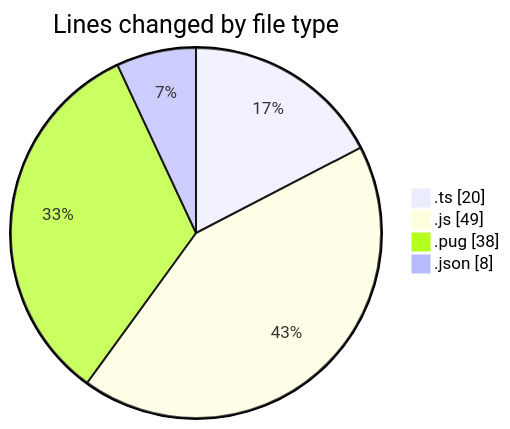
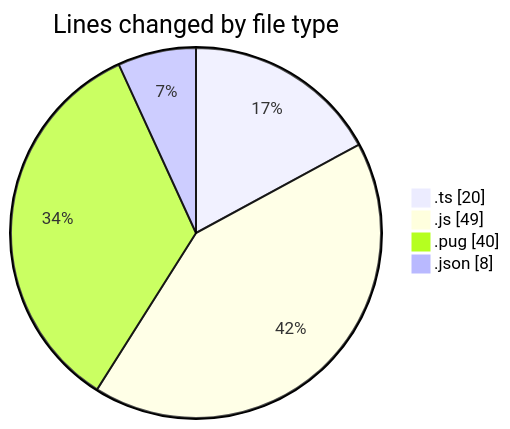
One commit to momahboobian/code-tracking changed the first of 2 diagrams in 2025-02-25/cda/README.md. Above: the diagram before and after it, drawn with Mermaid. The commit also changed other lines of this file and 1 other file, not shown here.

````diff
--- a/2025-02-25/cda/README.md
+++ b/2025-02-25/cda/README.md
@@ -25,8 +25,8 @@
 ```mermaid
 pie showData
 title Lines changed by file type
 ".ts" : 20
 ".js" : 49
-".pug" : 38
+".pug" : 40
 ".json" : 8
 ```
````
